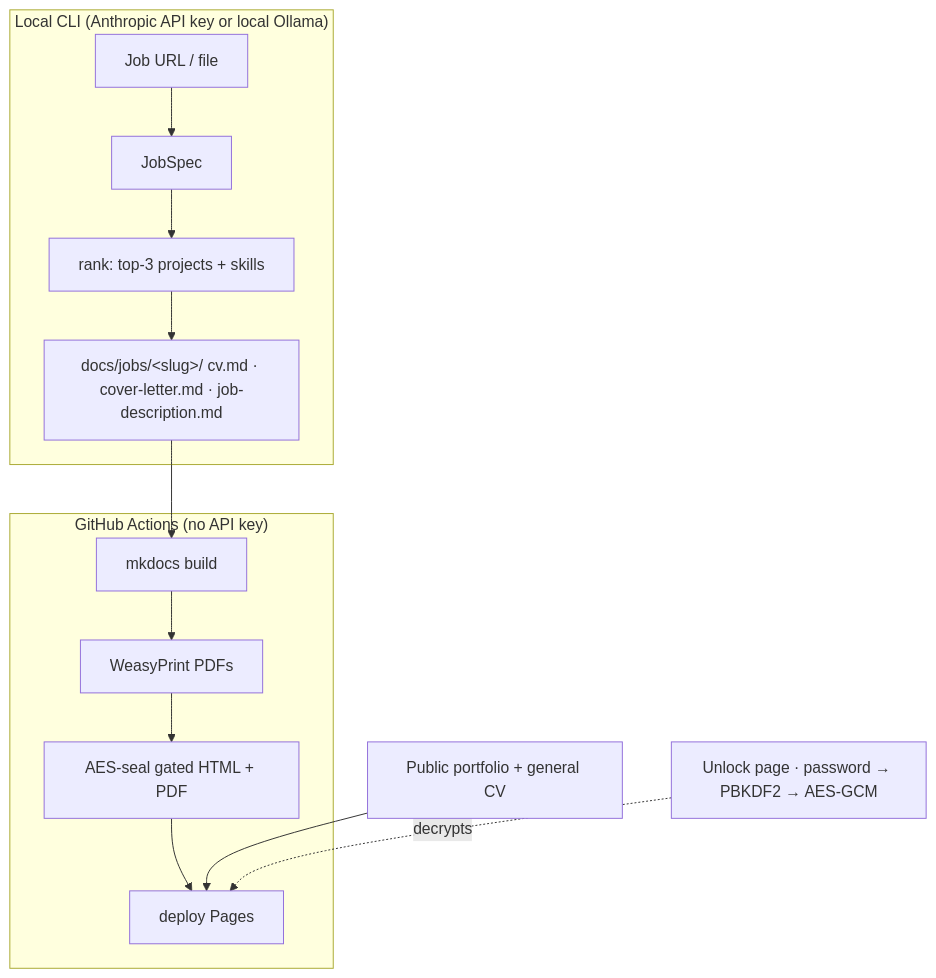
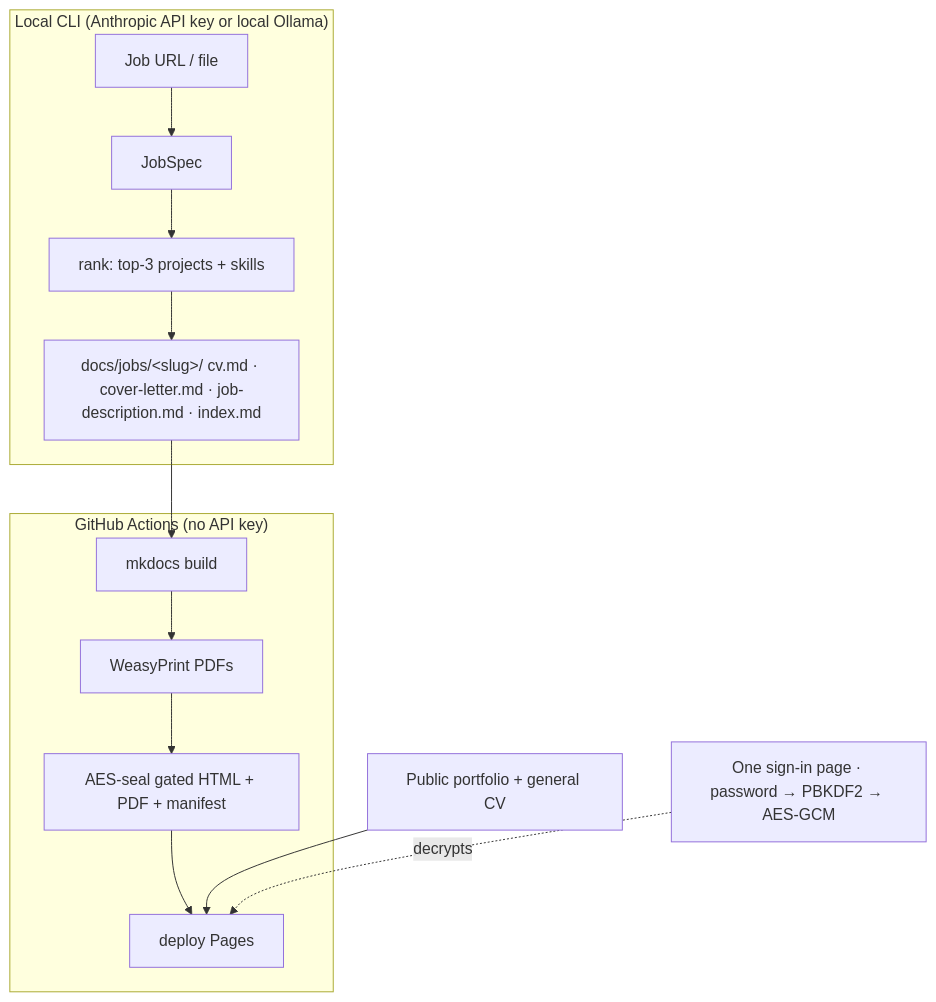
The diagram in README.md (radheem/my-cv), drawn with Mermaid before and after one commit. The commit also changed other lines of this file and 3 other files, not shown here.

````diff
--- a/README.md
+++ b/README.md
@@ -14,12 +44,12 @@
 ```mermaid
 flowchart TB
     subgraph local["Local CLI (Anthropic API key or local Ollama)"]
       JD[Job URL / file] --> SPEC[JobSpec] --> RANK[rank: top-3 projects + skills]
-      RANK --> OUT[docs/jobs/&lt;slug&gt;/ cv.md · cover-letter.md · job-description.md]
+      RANK --> OUT[docs/jobs/&lt;slug&gt;/ cv.md · cover-letter.md · job-description.md · index.md]
     end
     subgraph ci["GitHub Actions (no API key)"]
-      OUT --> MK[mkdocs build] --> PDF[WeasyPrint PDFs] --> ENC[AES-seal gated HTML + PDF] --> DEP[deploy Pages]
+      OUT --> MK[mkdocs build] --> PDF[WeasyPrint PDFs] --> ENC[AES-seal gated HTML + PDF + manifest] --> DEP[deploy Pages]
     end
     PUB[Public portfolio + general CV] --> DEP
-    GATE[Unlock page · password → PBKDF2 → AES-GCM] -.decrypts.-> DEP
+    GATE[One sign-in page · password → PBKDF2 → AES-GCM] -.decrypts.-> DEP
 ```
````
